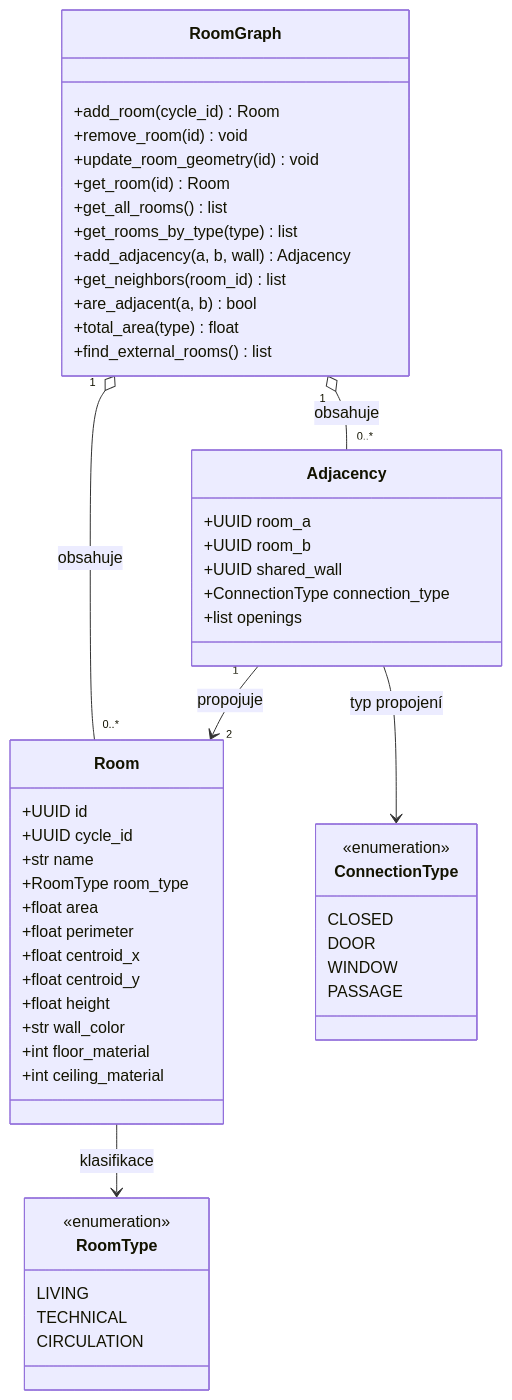
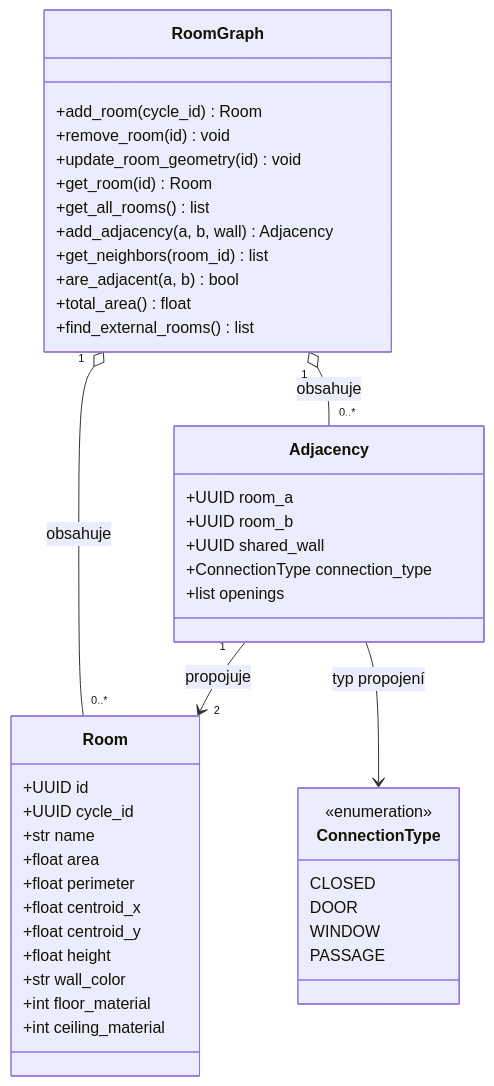
One commit to TheGingeros/floorplanmaster changed the diagram in docs/sections/03_Design/03_data_model_layer2.md. Above: the diagram before and after it, drawn with Mermaid. The commit also changed 14 other files, not shown here.

````diff
--- a/docs/sections/03_Design/03_data_model_layer2.md
+++ b/docs/sections/03_Design/03_data_model_layer2.md
@@ -6,55 +6,46 @@
 ```mermaid
 classDiagram
-    class RoomType {
-        <<enumeration>>
-        LIVING
-        TECHNICAL
-        CIRCULATION
-    }
     class ConnectionType {
         <<enumeration>>
         CLOSED
         DOOR
         WINDOW
         PASSAGE
     }
     class Room {
         +UUID id
         +UUID cycle_id
         +str name
-        +RoomType room_type
         +float area
         +float perimeter
         +float centroid_x
         +float centroid_y
         +float height
         +str wall_color
         +int floor_material
         +int ceiling_material
     }
     class Adjacency {
         +UUID room_a
         +UUID room_b
         +UUID shared_wall
         +ConnectionType connection_type
         +list openings
     }
     class RoomGraph {
         +add_room(cycle_id) Room
         +remove_room(id) void
         +update_room_geometry(id) void
         +get_room(id) Room
         +get_all_rooms() list
-        +get_rooms_by_type(type) list
         +add_adjacency(a, b, wall) Adjacency
         +get_neighbors(room_id) list
         +are_adjacent(a, b) bool
-        +total_area(type) float
+        +total_area() float
         +find_external_rooms() list
     }
     RoomGraph "1" o-- "0..*" Room : obsahuje
     RoomGraph "1" o-- "0..*" Adjacency : obsahuje
     Adjacency "1" --> "2" Room : propojuje
-    Room --> RoomType : klasifikace
     Adjacency --> ConnectionType : typ propojení
 ```
````
